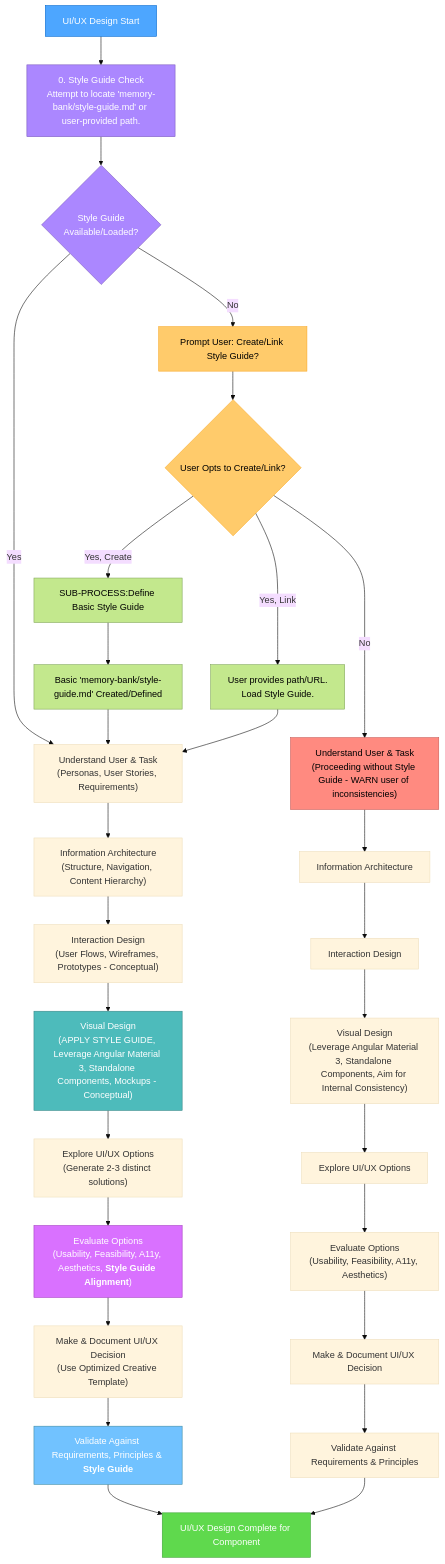
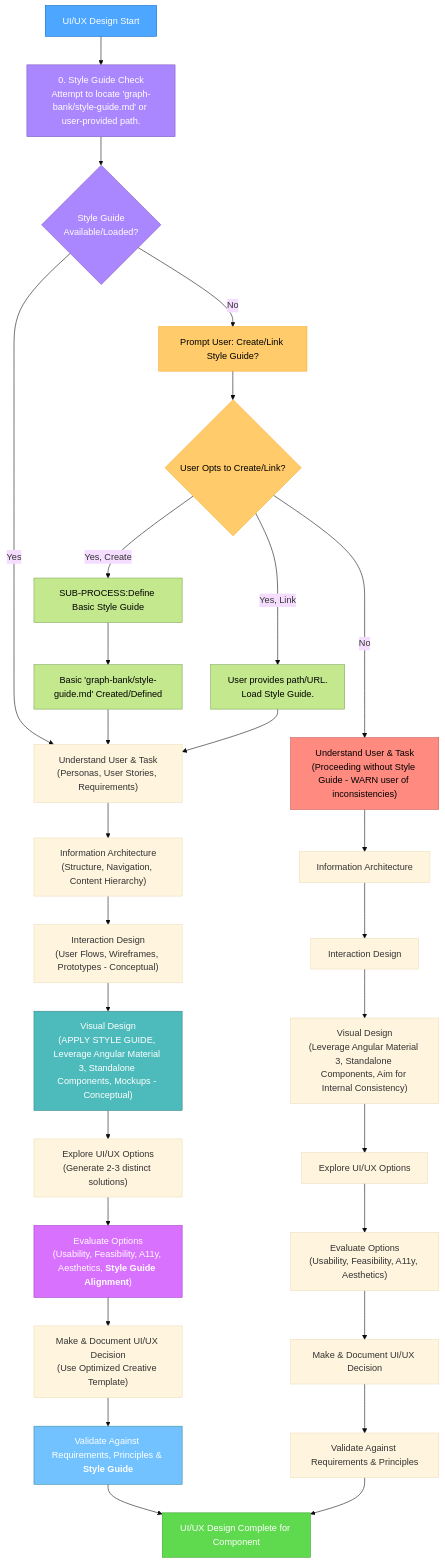
Before and after one commit to 7Spade/cursor-memory-bank: the first of 3 diagrams in .cursor/rules/isolation_rules/Phases/CreativePhase/creative-phase-uiux.mdc, drawn with Mermaid (base theme). The commit also changed other lines of this file and 43 other files, not shown here.

Commit message:
refactor: Update terminology from "Memory Bank" to "graph bank" across all relevant files, enhancing consistency in documentation and improving clarity in the system's architecture and processes

````diff
--- a/.cursor/rules/isolation_rules/Phases/CreativePhase/creative-phase-uiux.mdc
+++ b/.cursor/rules/isolation_rules/Phases/CreativePhase/creative-phase-uiux.mdc
@@ -26,49 +26,49 @@
 ```mermaid
 graph TD
-    Start["UI/UX Design Start"] --> StyleGuideCheck["0. Style Guide Check<br>Attempt to locate 'memory-bank/style-guide.md' or user-provided path."]
+    Start["UI/UX Design Start"] --> StyleGuideCheck["0. Style Guide Check<br>Attempt to locate 'graph-bank/style-guide.md' or user-provided path."]
     StyleGuideCheck --> HasStyleGuide{"Style Guide<br>Available/Loaded?"}
 
     HasStyleGuide -- "Yes" --> Understand["Understand User & Task<br>(Personas, User Stories, Requirements)"]
     HasStyleGuide -- "No" --> PromptCreateStyleGuide["Prompt User: Create/Link Style Guide?"]
 
     PromptCreateStyleGuide --> UserResponse{"User Opts to Create/Link?"}
     UserResponse -- "Yes, Create" --> DefineStyleGuideSubProcess["SUB-PROCESS:Define Basic Style Guide"]
     UserResponse -- "Yes, Link" --> LinkStyleGuide["User provides path/URL.<br>Load Style Guide."]
     UserResponse -- "No" --> Understand_NoGuide["Understand User & Task<br>(Proceeding without Style Guide - WARN user of inconsistencies)"]
 
-    DefineStyleGuideSubProcess --> StyleGuideCreated["Basic 'memory-bank/style-guide.md' Created/Defined"]
+    DefineStyleGuideSubProcess --> StyleGuideCreated["Basic 'graph-bank/style-guide.md' Created/Defined"]
     StyleGuideCreated --> Understand
     LinkStyleGuide --> Understand
     Understand_NoGuide --> InfoArch_NoGuide["Information Architecture"]
 
     Understand --> InfoArch["Information Architecture<br>(Structure, Navigation, Content Hierarchy)"]
     InfoArch --> Interaction["Interaction Design<br>(User Flows, Wireframes, Prototypes - Conceptual)"]
     Interaction --> VisualDesign["Visual Design<br>(APPLY STYLE GUIDE, Leverage Angular Material 3, Standalone Components, Mockups - Conceptual)"]
     VisualDesign --> Options["Explore UI/UX Options<br>(Generate 2-3 distinct solutions)"]
     Options --> Evaluate["Evaluate Options<br>(Usability, Feasibility, A11y, Aesthetics, <b>Style Guide Alignment</b>)"]
     Evaluate --> Decision["Make & Document UI/UX Decision<br>(Use Optimized Creative Template)"]
     Decision --> Validate["Validate Against Requirements, Principles & <b>Style Guide</b>"]
     Validate --> UIUX_Complete["UI/UX Design Complete for Component"]
 
     InfoArch_NoGuide --> Interaction_NoGuide["Interaction Design"]
     Interaction_NoGuide --> VisualDesign_NoGuide["Visual Design<br>(Leverage Angular Material 3, Standalone Components, Aim for Internal Consistency)"]
     VisualDesign_NoGuide --> Options_NoGuide["Explore UI/UX Options"]
     Options_NoGuide --> Evaluate_NoGuide["Evaluate Options<br>(Usability, Feasibility, A11y, Aesthetics)"]
     Evaluate_NoGuide --> Decision_NoGuide["Make & Document UI/UX Decision"]
     Decision_NoGuide --> Validate_NoGuide["Validate Against Requirements & Principles"]
     Validate_NoGuide --> UIUX_Complete
 
     style Start fill:#4da6ff,stroke:#0066cc,color:white
     style StyleGuideCheck fill:#ab87ff,stroke:#7d5bbe,color:white
     style HasStyleGuide fill:#ab87ff,stroke:#7d5bbe,color:white
     style PromptCreateStyleGuide fill:#ffcb6b,stroke:#f9a825,color:black
     style UserResponse fill:#ffcb6b,stroke:#f9a825,color:black
     style DefineStyleGuideSubProcess fill:#c3e88d,stroke:#82a75c,color:black
     style LinkStyleGuide fill:#c3e88d,stroke:#82a75c,color:black
     style StyleGuideCreated fill:#c3e88d,stroke:#82a75c,color:black
     style VisualDesign fill:#4dbbbb,stroke:#368787,color:white
     style Evaluate fill:#d971ff,stroke:#a33bc2,color:white
     style Validate fill:#71c2ff,stroke:#3b8aa3,color:white
     style Understand_NoGuide fill:#ff8a80,stroke:#c85a54,color:black
     style UIUX_Complete fill:#5fd94d,stroke:#3da336,color:white
 ```
````
